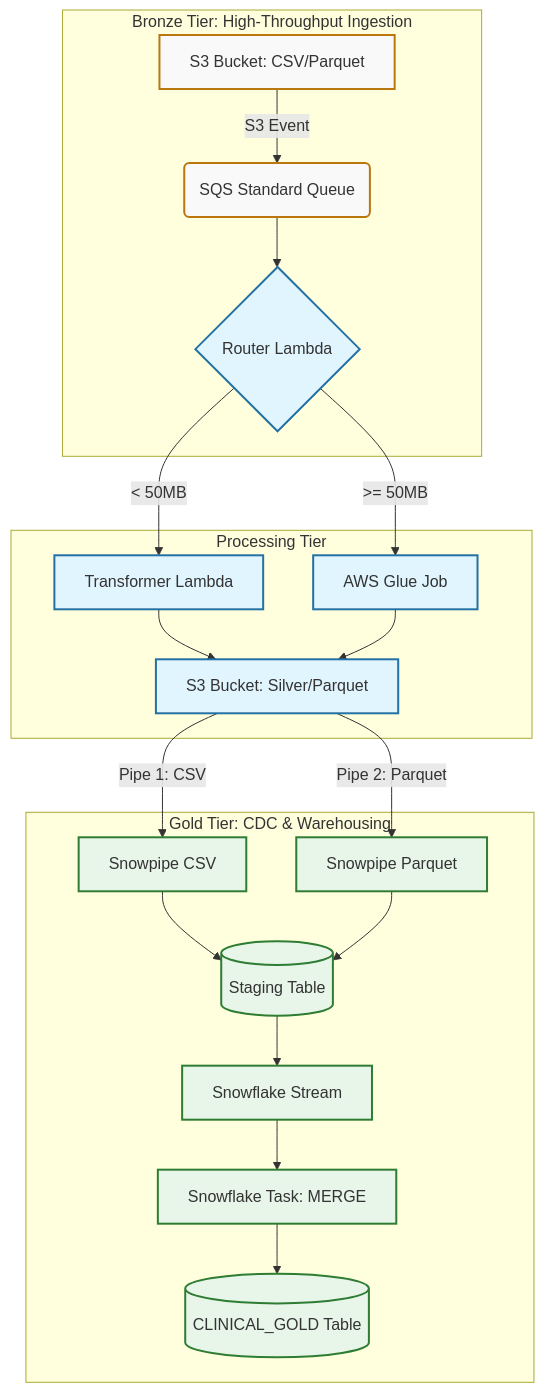
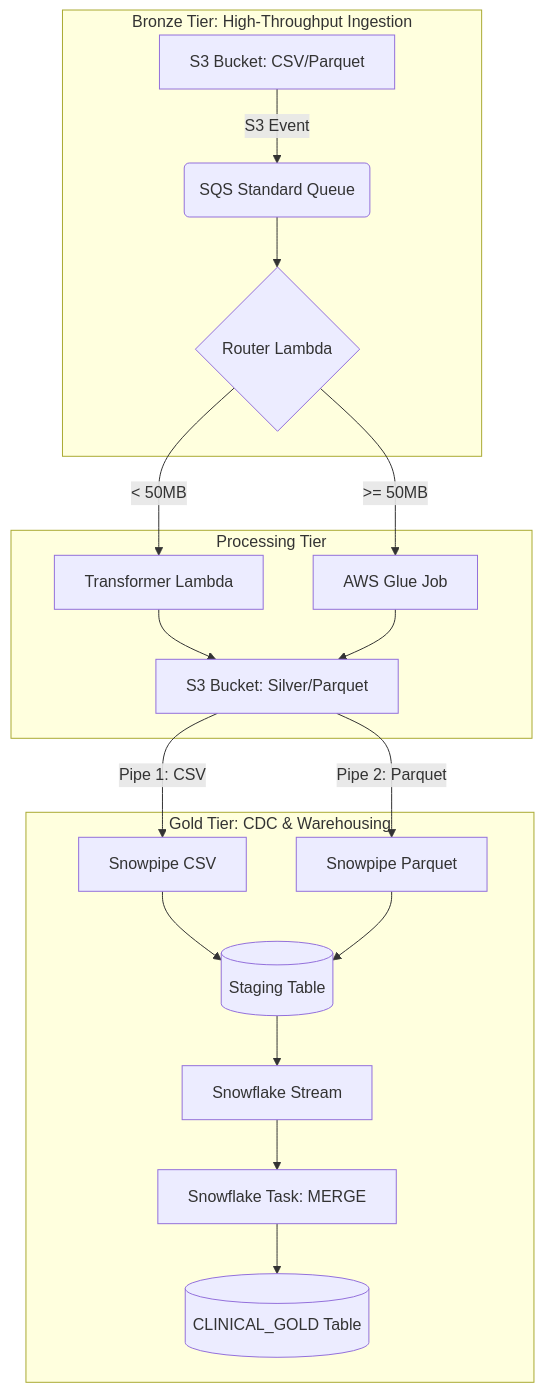
Before and after one commit to deepanomula/healthcare-data-platform-aws-snowflake: the diagram in README.md, drawn with Mermaid.

Commit message:
fix: fixing rendering issue for blueprint

````diff
--- a/README.md
+++ b/README.md
@@ -13,33 +13,28 @@
 ```mermaid
 graph TD
-    %% Define Styles
-    classDef bronze fill:#f9f9f9,stroke:#b9770e,stroke-width:2px;
-    classDef compute fill:#e1f5fe,stroke:#2471a3,stroke-width:2px;
-    classDef snowflake fill:#e8f5e9,stroke:#2e7d32,stroke-width:2px;
-
     subgraph AWS_INGEST [Bronze Tier: High-Throughput Ingestion]
         A[S3 Bucket: CSV/Parquet] -->|S3 Event| B(SQS Standard Queue)
         B --> C{Router Lambda}
     end
 
     subgraph AWS_COMPUTE [Processing Tier]
         C -->| < 50MB | D[Transformer Lambda]
         C -->| >= 50MB | E[AWS Glue Job]
         D --> F[S3 Bucket: Silver/Parquet]
         E --> F
     end
 
     subgraph SNOWFLAKE [Gold Tier: CDC & Warehousing]
         F -->|Pipe 1: CSV| G[Snowpipe CSV]
         F -->|Pipe 2: Parquet| H[Snowpipe Parquet]
         G --> I[(Staging Table)]
         H --> I
         I --> J[Snowflake Stream]
         J --> K[Snowflake Task: MERGE]
         K --> L[(CLINICAL_GOLD Table)]
     end
 
     class A,B bronze;
     class C,D,E,F compute;
     class G,H,I,J,K,L snowflake;
 ```
````
